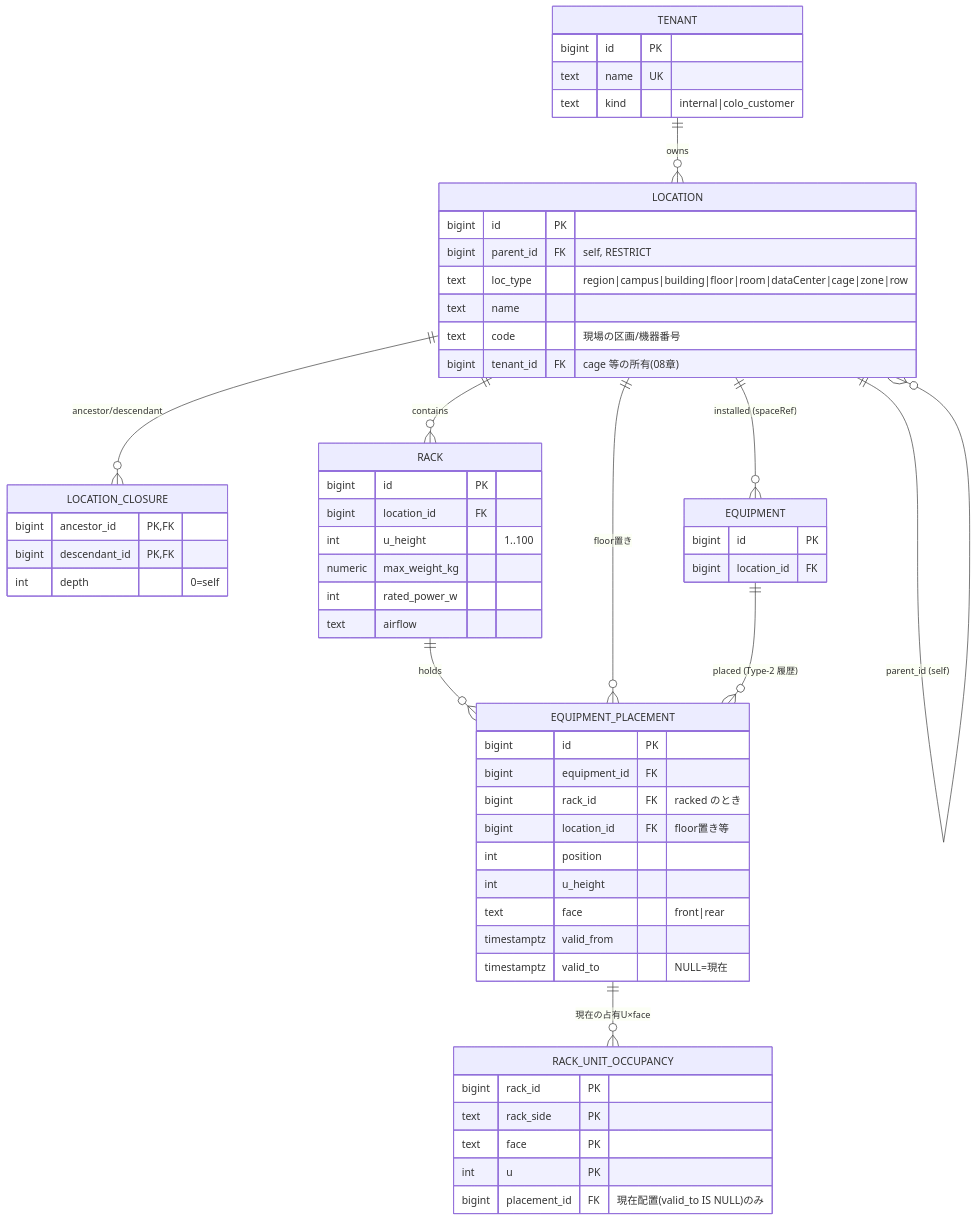
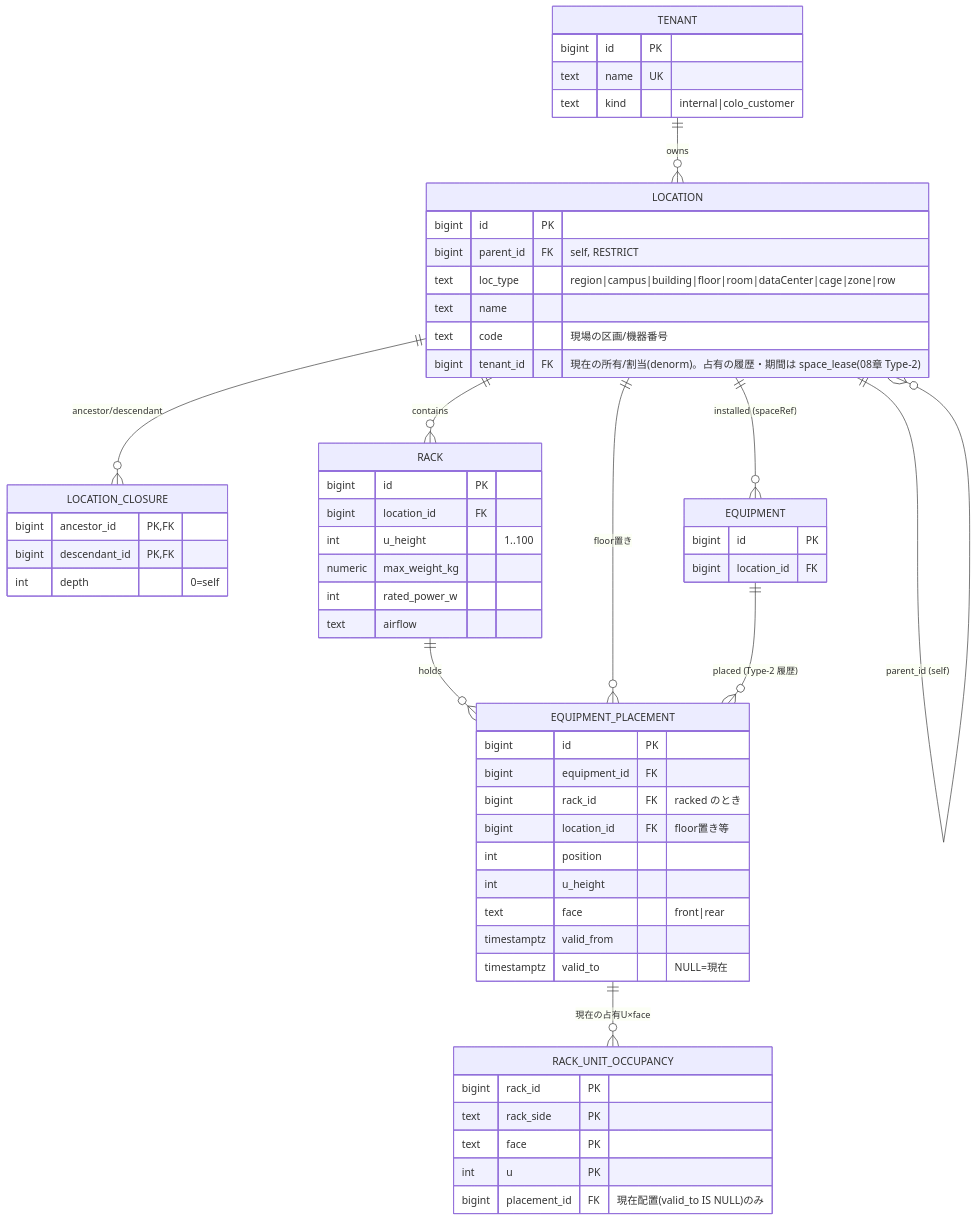
One commit to hn-11/dcim-schema-design changed the second of 9 diagrams in 03-finalists.md. Above: the diagram before and after it, drawn with Mermaid. The commit also changed other lines of this file and 1 other file, not shown here.

First line of the commit message:
fix(schema): Mermaid俯瞰ER修正 + テナント/所有を「現在denorm＋Type-2履歴」に統一

````diff
--- a/03-finalists.md
+++ b/03-finalists.md
@@ -101,61 +107,61 @@
 ```mermaid
 erDiagram
     TENANT ||--o{ LOCATION : owns
     LOCATION ||--o{ LOCATION : "parent_id (self)"
     LOCATION ||--o{ LOCATION_CLOSURE : "ancestor/descendant"
     LOCATION ||--o{ RACK : contains
     LOCATION ||--o{ EQUIPMENT : "installed (spaceRef)"
     RACK ||--o{ EQUIPMENT_PLACEMENT : holds
     LOCATION ||--o{ EQUIPMENT_PLACEMENT : "floor置き"
     EQUIPMENT ||--o{ EQUIPMENT_PLACEMENT : "placed (Type-2 履歴)"
     EQUIPMENT_PLACEMENT ||--o{ RACK_UNIT_OCCUPANCY : "現在の占有U×face"
 
     TENANT {
         bigint id PK
         text name UK
         text kind "internal|colo_customer"
     }
     LOCATION {
         bigint id PK
         bigint parent_id FK "self, RESTRICT"
         text loc_type "region|campus|building|floor|room|dataCenter|cage|zone|row"
         text name
         text code "現場の区画/機器番号"
-        bigint tenant_id FK "cage 等の所有(08章)"
+        bigint tenant_id FK "現在の所有/割当(denorm)。占有の履歴・期間は space_lease(08章 Type-2)"
     }
     LOCATION_CLOSURE {
         bigint ancestor_id PK,FK
         bigint descendant_id PK,FK
         int depth "0=self"
     }
     RACK {
         bigint id PK
         bigint location_id FK
         int u_height "1..100"
         numeric max_weight_kg
         int rated_power_w
         text airflow
     }
     EQUIPMENT {
         bigint id PK
         bigint location_id FK
     }
     EQUIPMENT_PLACEMENT {
         bigint id PK
         bigint equipment_id FK
         bigint rack_id FK "racked のとき"
         bigint location_id FK "floor置き等"
         int position
         int u_height
         text face "front|rear"
         timestamptz valid_from
         timestamptz valid_to "NULL=現在"
     }
     RACK_UNIT_OCCUPANCY {
         bigint rack_id PK
         text rack_side PK
         text face PK
         int u PK
         bigint placement_id FK "現在配置(valid_to IS NULL)のみ"
     }
 ```
````
